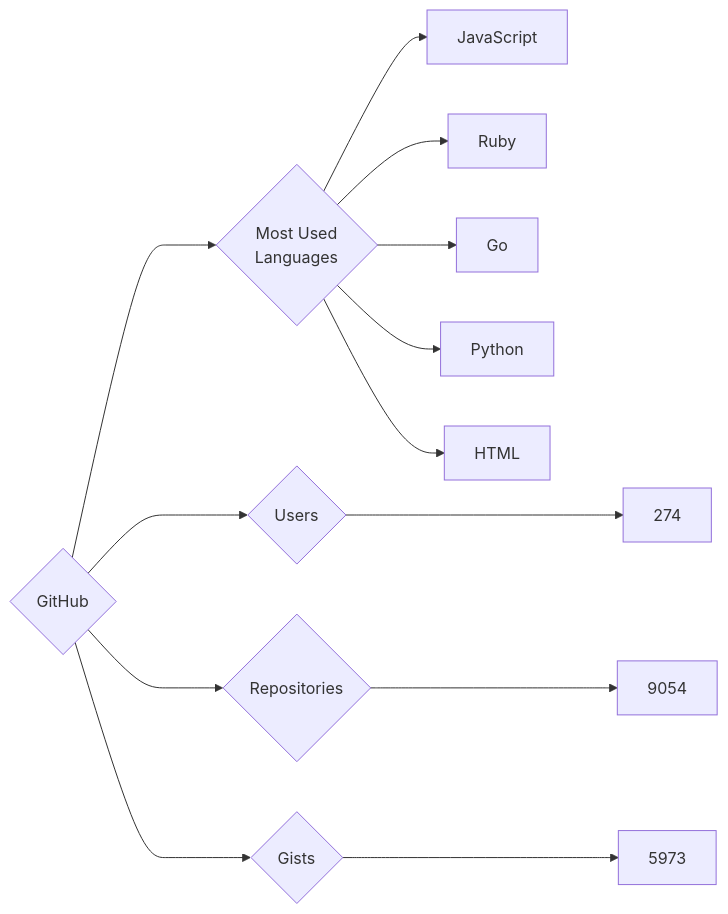
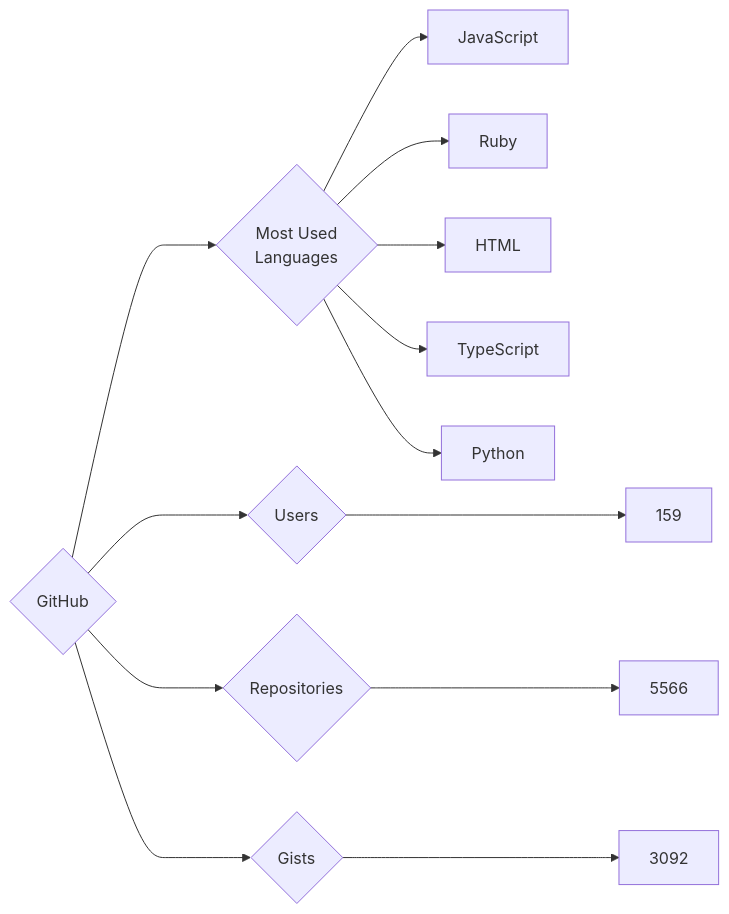
Before and after one commit to trickest/insiders: the diagram in targets/GitHub/README.md, drawn with Mermaid. The commit also changed 860 other files, not shown here.

````diff
--- a/targets/GitHub/README.md
+++ b/targets/GitHub/README.md
@@ -3,13 +3,13 @@
 ```mermaid
 graph LR
 COMPANY_NAME{GitHub}
-COMPANY_NAME ---> U{Users} ---> UN[274]
-COMPANY_NAME ---> R{Repositories} ---> RN[9054]
-COMPANY_NAME ---> G{Gists} ---> GN[5973]
+COMPANY_NAME ---> U{Users} ---> UN[159]
+COMPANY_NAME ---> R{Repositories} ---> RN[5566]
+COMPANY_NAME ---> G{Gists} ---> GN[3092]
 COMPANY_NAME ---> ML{Most Used<br>Languages}
 ML --> JavaScript[JavaScript]
 ML --> Ruby[Ruby]
-ML --> Go[Go]
+ML --> HTML[HTML]
+ML --> TypeScript[TypeScript]
 ML --> Python[Python]
-ML --> HTML[HTML]
 ```
````
